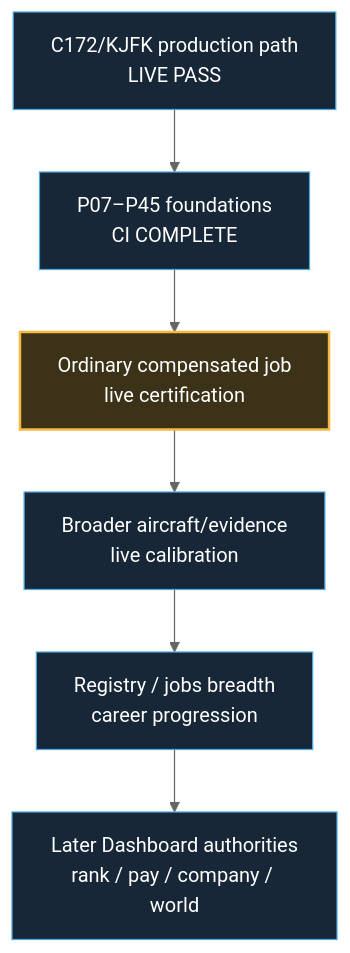
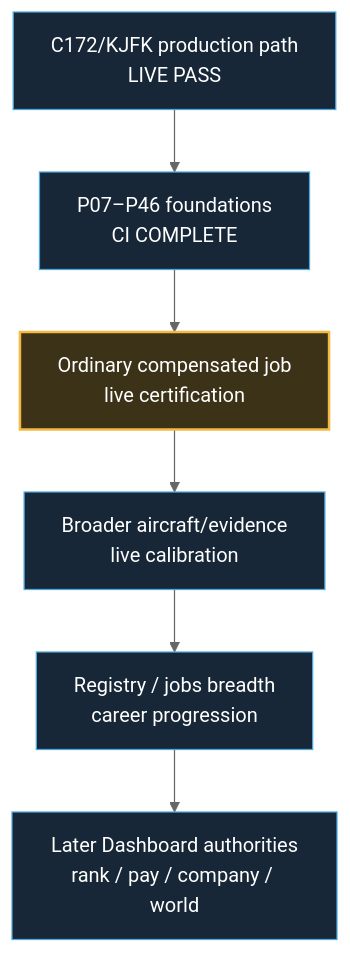
One commit to dhavalpddn-eng/OpenCareer changed the second of 2 diagrams in docs/development-master-checklist.md. Above: the diagram before and after it, drawn with Mermaid (neutral theme). The commit also changed other lines of this file and 2 other files, not shown here.

````diff
--- a/docs/development-master-checklist.md
+++ b/docs/development-master-checklist.md
@@ -54,13 +54,13 @@
 ```mermaid
 flowchart TD
-    A["C172/KJFK production path<br/>LIVE PASS"] --> B["P07–P45 foundations<br/>CI COMPLETE"]
+    A["C172/KJFK production path<br/>LIVE PASS"] --> B["P07–P46 foundations<br/>CI COMPLETE"]
     B --> C["Ordinary compensated job<br/>live certification"]
     C --> D["Broader aircraft/evidence<br/>live calibration"]
     D --> E["Registry / jobs breadth<br/>career progression"]
     E --> F["Later Dashboard authorities<br/>rank / pay / company / world"]
 
     classDef next fill:#3b3218,stroke:#F4B942,color:#fff,stroke-width:2px;
     classDef future fill:#172737,stroke:#4EA8DE,color:#fff,stroke-width:1px;
     class C next;
     class A,B,D,E,F future;
 ```
````
